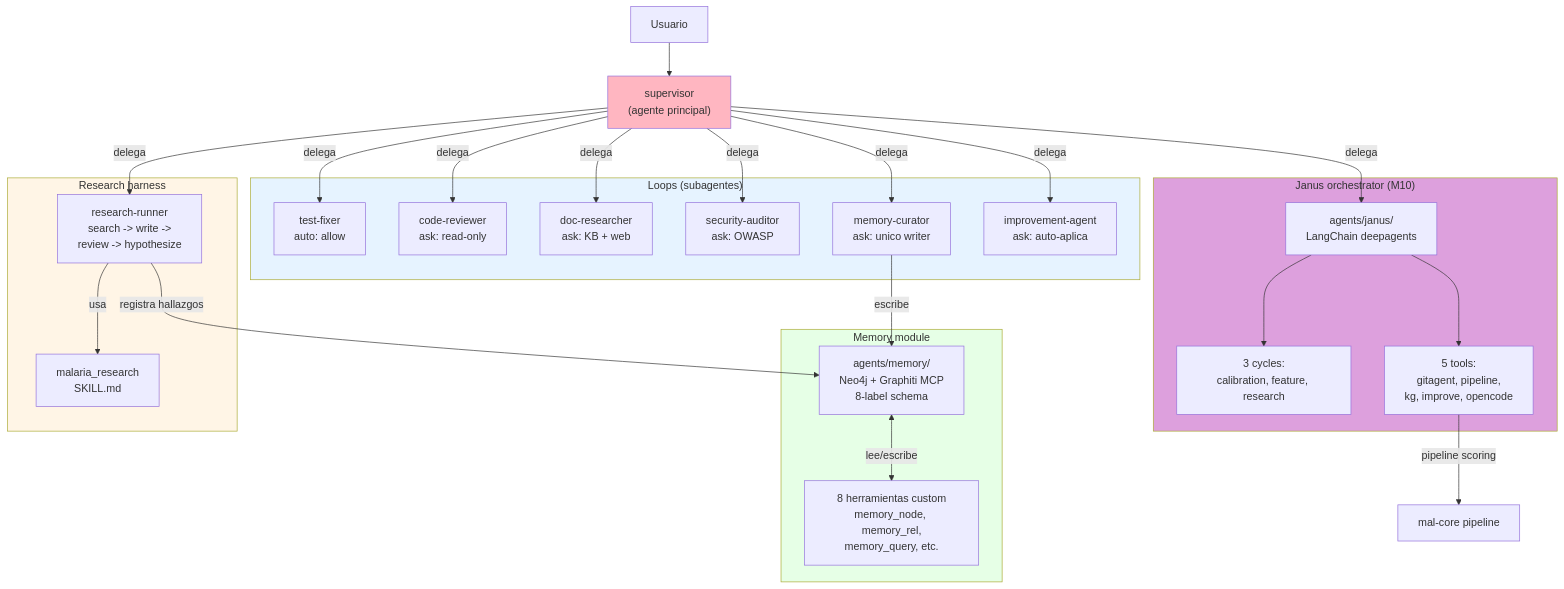
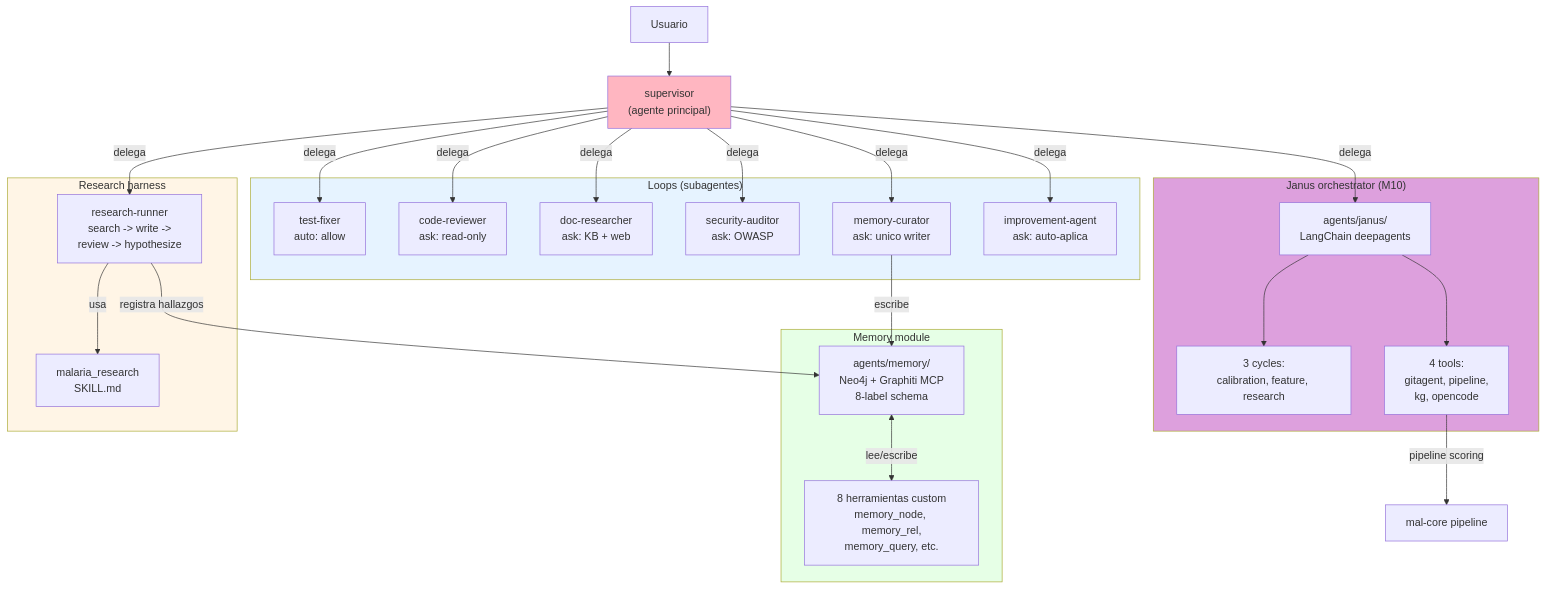
Before and after one commit to ANFAIA/MalariaSentinel: diagram 12 of 14 in docs/system-status.md, drawn with Mermaid. The commit also changed other lines of this file and 12 other files, not shown here.

````diff
--- a/docs/system-status.md
+++ b/docs/system-status.md
@@ -908,55 +948,55 @@
 ```mermaid
 graph TB
     USER["Usuario"]
     SUP["supervisor<br/>(agente principal)"]
 
     subgraph LOOPS["Loops (subagentes)"]
         TF["test-fixer<br/>auto: allow"]
         CR["code-reviewer<br/>ask: read-only"]
         DR["doc-researcher<br/>ask: KB + web"]
         SA["security-auditor<br/>ask: OWASP"]
         MC["memory-curator<br/>ask: unico writer"]
         IA["improvement-agent<br/>ask: auto-aplica"]
     end
 
     subgraph DEEPAGENTS["Janus orchestrator (M10)"]
         DA["agents/janus/<br/>LangChain deepagents"]
         DA_CYCLES["3 cycles:<br/>calibration, feature, research"]
-        DA_TOOLS["5 tools:<br/>gitagent, pipeline,<br/>kg, improve, opencode"]
+        DA_TOOLS["4 tools:<br/>gitagent, pipeline,<br/>kg, opencode"]
     end
 
     subgraph MEMORIA["Memory module"]
         MEM["agents/memory/<br/>Neo4j + Graphiti MCP<br/>8-label schema"]
         TOOLS["8 herramientas custom<br/>memory_node, memory_rel,<br/>memory_query, etc."]
     end
 
     subgraph HARNESS["Research harness"]
         RH["research-runner<br/>search -> write -><br/>review -> hypothesize"]
         SK["malaria_research<br/>SKILL.md"]
     end
 
     USER --> SUP
     SUP -->|"delega"| TF
     SUP -->|"delega"| CR
     SUP -->|"delega"| DR
     SUP -->|"delega"| SA
     SUP -->|"delega"| MC
     SUP -->|"delega"| IA
     SUP -->|"delega"| RH
     SUP -->|"delega"| DA
 
     DA --> DA_CYCLES
     DA --> DA_TOOLS
     DA_TOOLS -->|"pipeline scoring"| ABM_PIPE["mal-core pipeline"]
 
     MC -->|"escribe"| MEM
     MEM <-->|"lee/escribe"| TOOLS
     RH -->|"usa"| SK
     RH -->|"registra hallazgos"| MEM
 
     style SUP fill:#FFB6C1
     style LOOPS fill:#E6F3FF
     style DEEPAGENTS fill:#DDA0DD
     style MEMORIA fill:#E6FFE6
     style HARNESS fill:#FFF5E6
 ```
````
